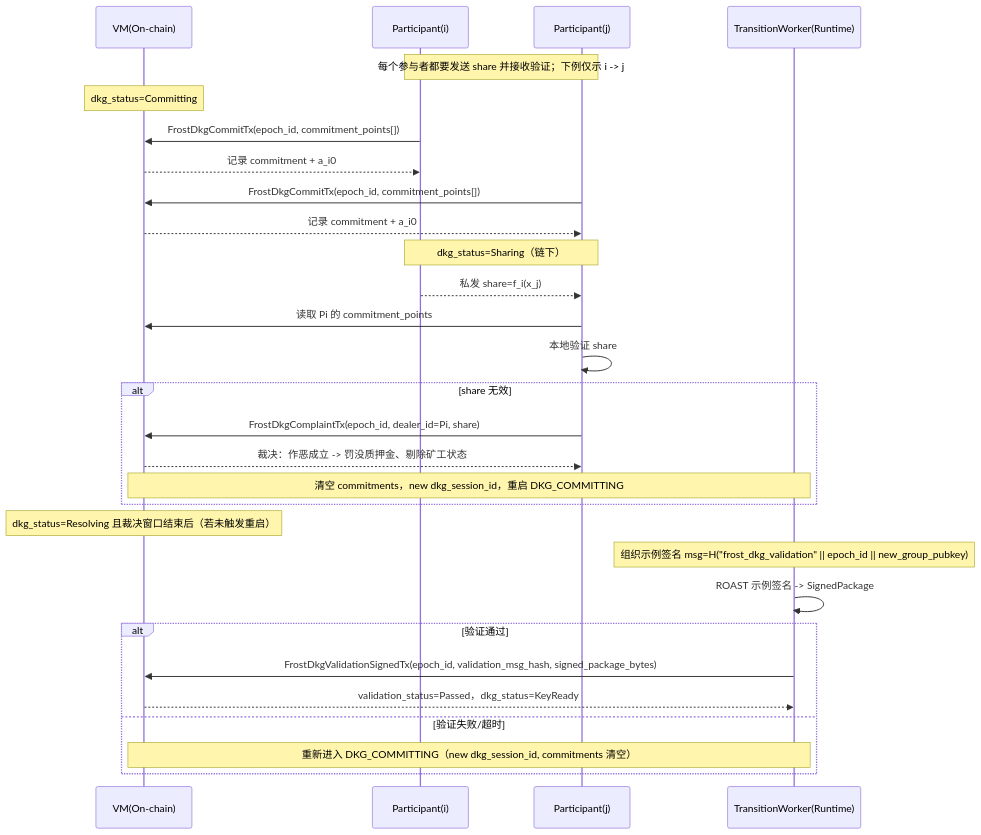
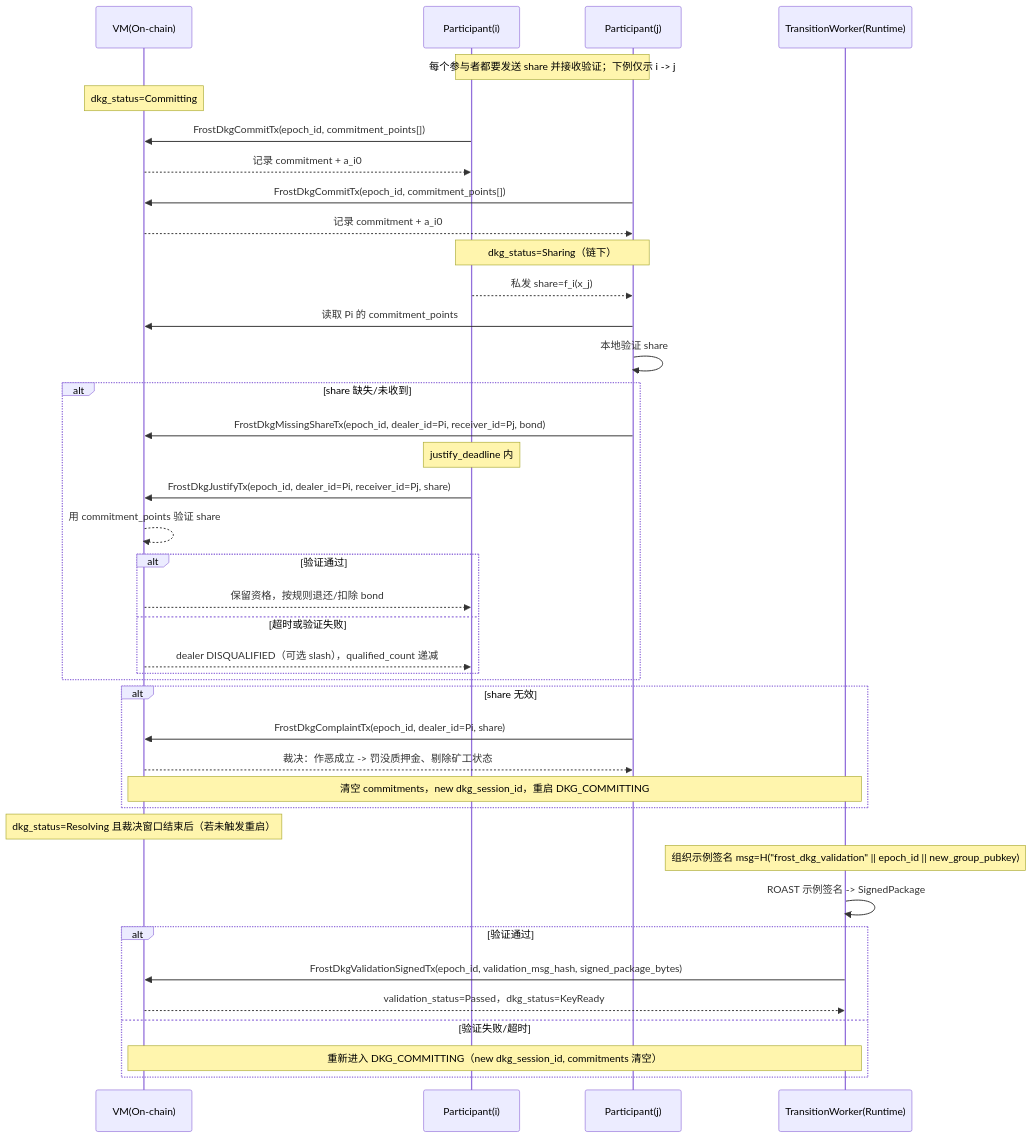
Before and after one commit to davidLeeeeeeeeeeee/dex: the seventh of 8 diagrams in frost/design_v2_job.md, drawn with Mermaid. The commit also changed other lines of this file, not shown here.

````diff
--- a/frost/design_v2_job.md
+++ b/frost/design_v2_job.md
@@ -768,36 +799,48 @@
 ```mermaid
 sequenceDiagram
   participant CH as VM(On-chain)
   participant Pi as Participant(i)
   participant Pj as Participant(j)
   participant TW as TransitionWorker(Runtime)
 
   Note over Pi,Pj: 每个参与者都要发送 share 并接收验证；下例仅示 i -> j
   Note over CH: dkg_status=Committing
   Pi->>CH: FrostDkgCommitTx(epoch_id, commitment_points[])
   CH-->>Pi: 记录 commitment + a_i0
   Pj->>CH: FrostDkgCommitTx(epoch_id, commitment_points[])
   CH-->>Pj: 记录 commitment + a_i0
 
   Note over Pi,Pj: dkg_status=Sharing（链下）
   Pi-->>Pj: 私发 share=f_i(x_j)
   Pj->>CH: 读取 Pi 的 commitment_points
   Pj->>Pj: 本地验证 share
 
+  alt share 缺失/未收到
+    Pj->>CH: FrostDkgMissingShareTx(epoch_id, dealer_id=Pi, receiver_id=Pj, bond)
+    Note over Pi: justify_deadline 内
+    Pi->>CH: FrostDkgJustifyTx(epoch_id, dealer_id=Pi, receiver_id=Pj, share)
+    CH-->>CH: 用 commitment_points 验证 share
+    alt 验证通过
+      CH-->>Pi: 保留资格，按规则退还/扣除 bond
+    else 超时或验证失败
+      CH-->>Pi: dealer DISQUALIFIED（可选 slash），qualified_count 递减
+    end
+  end
+
   alt share 无效
     Pj->>CH: FrostDkgComplaintTx(epoch_id, dealer_id=Pi, share)
     CH-->>Pj: 裁决：作恶成立 -> 罚没质押金、剔除矿工状态
     Note over CH,TW: 清空 commitments，new dkg_session_id，重启 DKG_COMMITTING
   end
 
   Note over CH: dkg_status=Resolving 且裁决窗口结束后（若未触发重启）
   Note over TW: 组织示例签名 msg=H("frost_dkg_validation" || epoch_id || new_group_pubkey)
   TW->>TW: ROAST 示例签名 -> SignedPackage
 
   alt 验证通过
     TW->>CH: FrostDkgValidationSignedTx(epoch_id, validation_msg_hash, signed_package_bytes)
     CH-->>TW: validation_status=Passed，dkg_status=KeyReady
   else 验证失败/超时
     Note over CH,TW: 重新进入 DKG_COMMITTING（new dkg_session_id, commitments 清空）
   end
 ```
````
